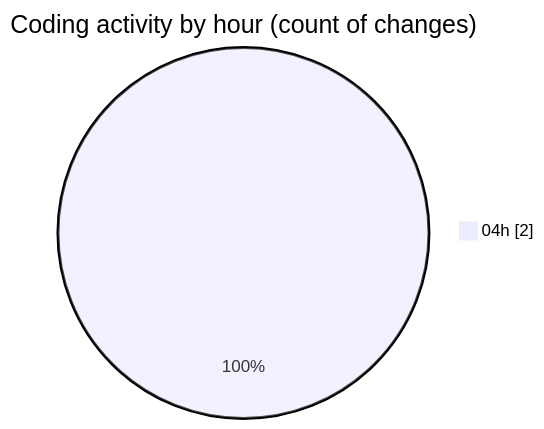
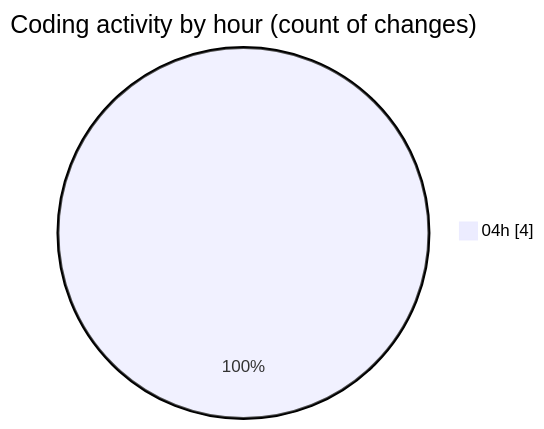
Before and after one commit to idhammustaqopulfikri/code-tracking: the second of 2 diagrams in 2025-03-27/autodidak/README.md, drawn with Mermaid. The commit also changed other lines of this file and 1 other file, not shown here.

````diff
--- a/2025-03-27/autodidak/README.md
+++ b/2025-03-27/autodidak/README.md
@@ -28,5 +29,5 @@
 ```mermaid
 pie showData
 title Coding activity by hour (count of changes)
-"04h" : 2
+"04h" : 4
 ```
````
